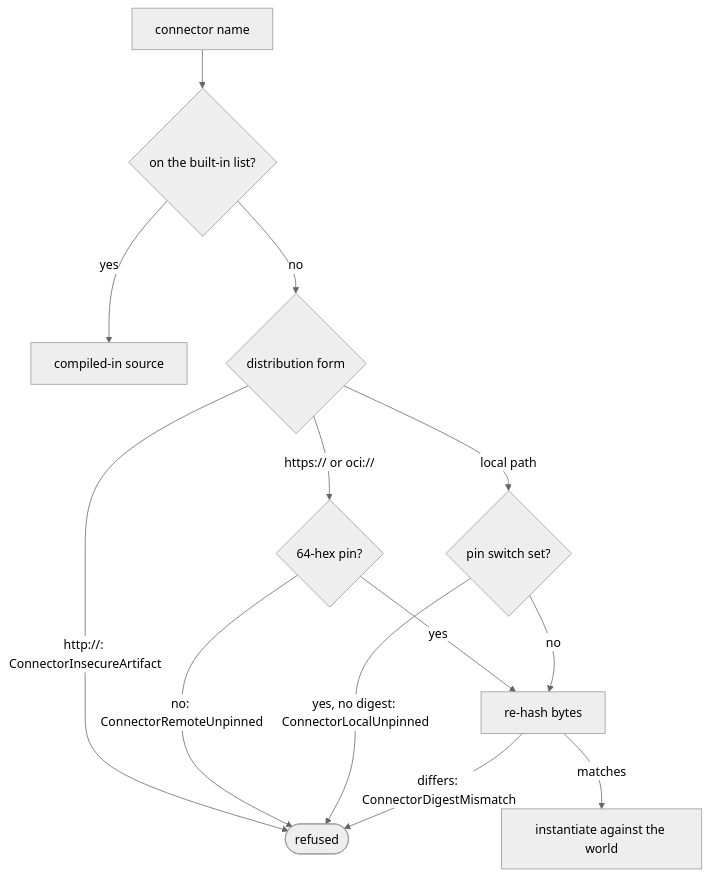
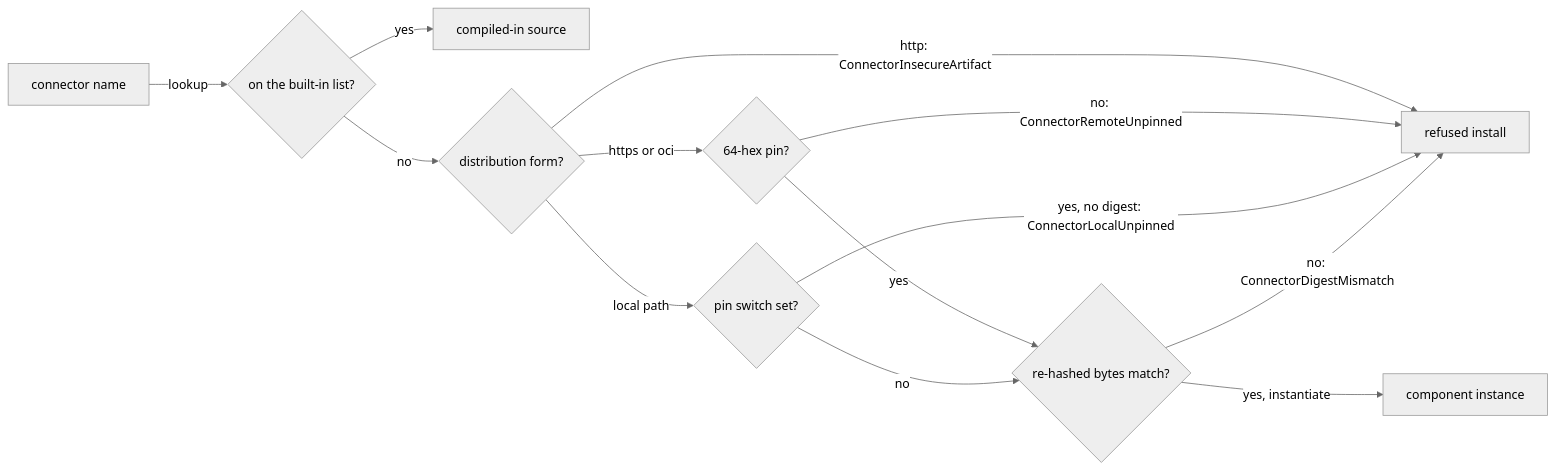
Before and after one commit to fractalboxdev/contextful: the fourth of 5 diagrams in spec/40-connector.md, drawn with Mermaid (neutral theme). The commit also changed other lines of this file and 31 other files, not shown here.

First line of the commit message:
spec: every diagram draws things as nodes and what flows as labelled edges

````diff
--- a/spec/40-connector.md
+++ b/spec/40-connector.md
@@ -264,15 +266,15 @@
 ```mermaid
-flowchart TD
-  NAME["connector name"] --> K{"on the built-in list?"}
-  K -->|yes| NATIVE["compiled-in source"]
-  K -->|no| FORM{"distribution form"}
-  FORM -->|"https:// or oci://"| REMOTE{"64-hex pin?"}
-  FORM -->|"http://: ConnectorInsecureArtifact"| X(["refused"])
-  FORM -->|local path| LOCAL{"pin switch set?"}
-  REMOTE -->|"no: ConnectorRemoteUnpinned"| X
-  REMOTE -->|yes| HASH["re-hash bytes"]
-  LOCAL -->|"yes, no digest: ConnectorLocalUnpinned"| X
-  LOCAL -->|no| HASH
-  HASH -->|"differs: ConnectorDigestMismatch"| X
-  HASH -->|matches| INST["instantiate against the world"]
+flowchart LR
+  NAME["connector name"] -->|"lookup"| K{"on the built-in list?"}
+  K -->|"yes"| NATIVE["compiled-in source"]
+  K -->|"no"| FORM{"distribution form?"}
+  FORM -->|"http: ConnectorInsecureArtifact"| REFUSE["refused install"]
+  FORM -->|"https or oci"| REMOTE{"64-hex pin?"}
+  FORM -->|"local path"| LOCAL{"pin switch set?"}
+  REMOTE -->|"no: ConnectorRemoteUnpinned"| REFUSE
+  REMOTE -->|"yes"| HASH{"re-hashed bytes match?"}
+  LOCAL -->|"yes, no digest: ConnectorLocalUnpinned"| REFUSE
+  LOCAL -->|"no"| HASH
+  HASH -->|"no: ConnectorDigestMismatch"| REFUSE
+  HASH -->|"yes, instantiate"| INST["component instance"]
 ```
````
